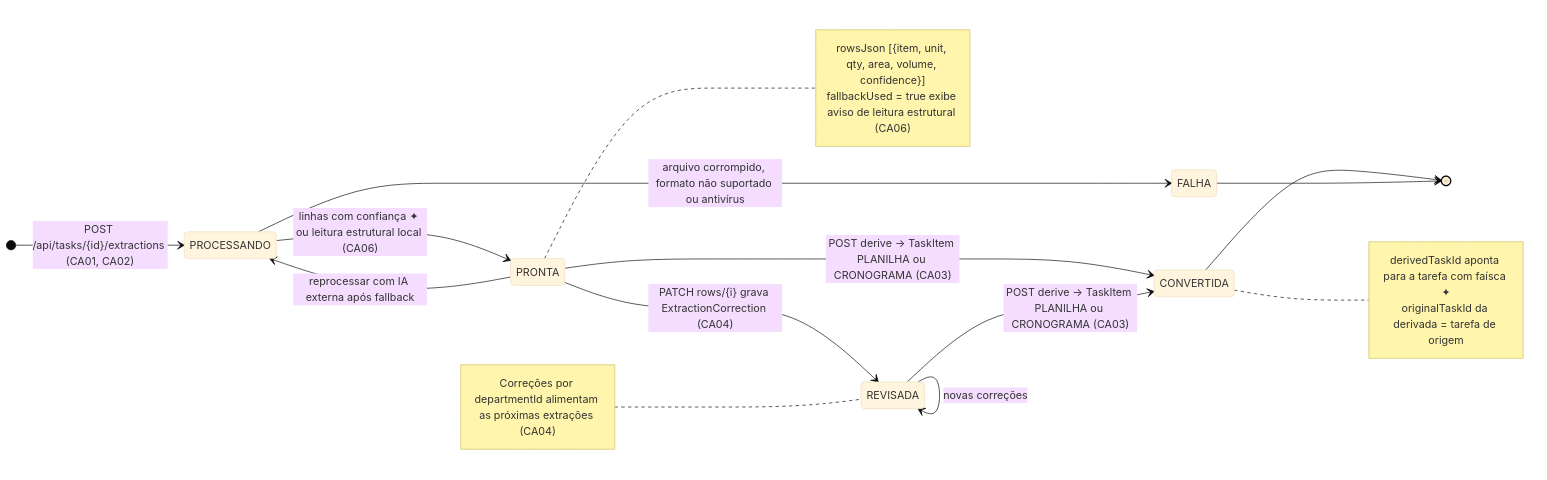
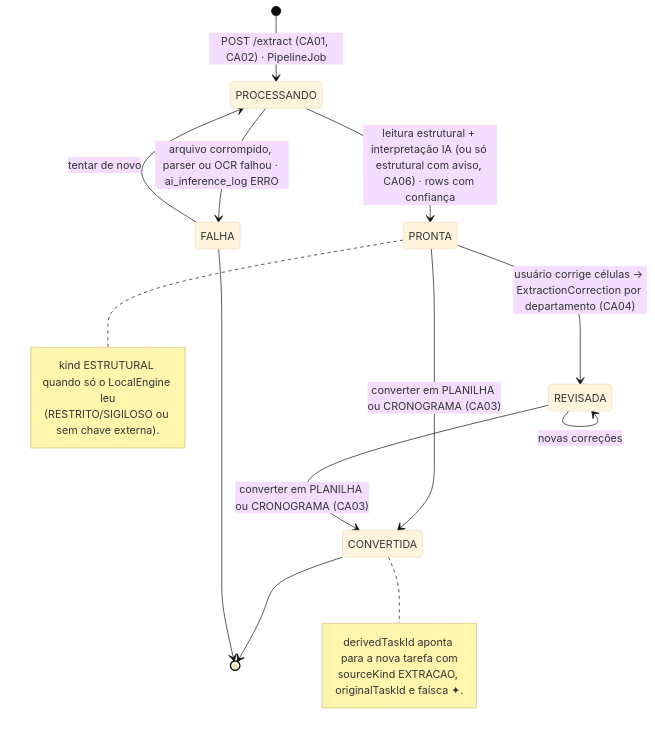
One commit to MatheusHaliski/Decia-app-2026 changed the fourth of 5 diagrams in docs/diagramas/RF34/README.md. Above: the diagram before and after it, drawn with Mermaid (base theme). The commit also changed other lines of this file and 4 other files, not shown here.

First line of the commit message:
docs(diagramas): reescreve RF30–RF34 (Autopiloto, Simulador, Espelho, Memória, Extração)

````diff
--- a/docs/diagramas/RF34/README.md
+++ b/docs/diagramas/RF34/README.md
@@ -408,25 +381,21 @@
 ```mermaid
 stateDiagram-v2
-  direction LR
-  [*] --> PROCESSANDO : POST /api/tasks/{id}/extractions (CA01, CA02)
-  PROCESSANDO --> PRONTA : linhas com confiança ✦ ou leitura estrutural local (CA06)
-  PROCESSANDO --> FALHA : arquivo corrompido, formato não suportado ou antivírus
-  PRONTA --> REVISADA : PATCH rows/{i} grava ExtractionCorrection (CA04)
-  REVISADA --> REVISADA : novas correções
-  PRONTA --> CONVERTIDA : POST derive → TaskItem PLANILHA ou CRONOGRAMA (CA03)
-  REVISADA --> CONVERTIDA : POST derive → TaskItem PLANILHA ou CRONOGRAMA (CA03)
-  PRONTA --> PROCESSANDO : reprocessar com IA externa após fallback
+  [*] --> PROCESSANDO: POST /extract (CA01, CA02) · PipelineJob
+  PROCESSANDO --> PRONTA: leitura estrutural + interpretação IA (ou só estrutural com aviso, CA06) · rows com confiança
+  PROCESSANDO --> FALHA: arquivo corrompido, parser ou OCR falhou · ai_inference_log ERRO
+  FALHA --> PROCESSANDO: tentar de novo
+  PRONTA --> REVISADA: usuário corrige células → ExtractionCorrection por departamento (CA04)
+  REVISADA --> REVISADA: novas correções
+  PRONTA --> CONVERTIDA: converter em PLANILHA ou CRONOGRAMA (CA03)
+  REVISADA --> CONVERTIDA: converter em PLANILHA ou CRONOGRAMA (CA03)
   CONVERTIDA --> [*]
   FALHA --> [*]
+  note right of CONVERTIDA
+    derivedTaskId aponta para a nova tarefa com
+    sourceKind EXTRACAO, originalTaskId e faísca ✦.
+  end note
   note right of PRONTA
-    rowsJson [{item, unit, qty, area, volume, confidence}]
-    fallbackUsed = true exibe aviso de leitura estrutural (CA06)
-  end note
-  note right of CONVERTIDA
-    derivedTaskId aponta para a tarefa com faísca ✦
-    originalTaskId da derivada = tarefa de origem
-  end note
-  note left of REVISADA
-    Correções por departmentId alimentam as próximas extrações (CA04)
+    kind ESTRUTURAL quando só o LocalEngine leu
+    (RESTRITO/SIGILOSO ou sem chave externa).
   end note
 ```
````
